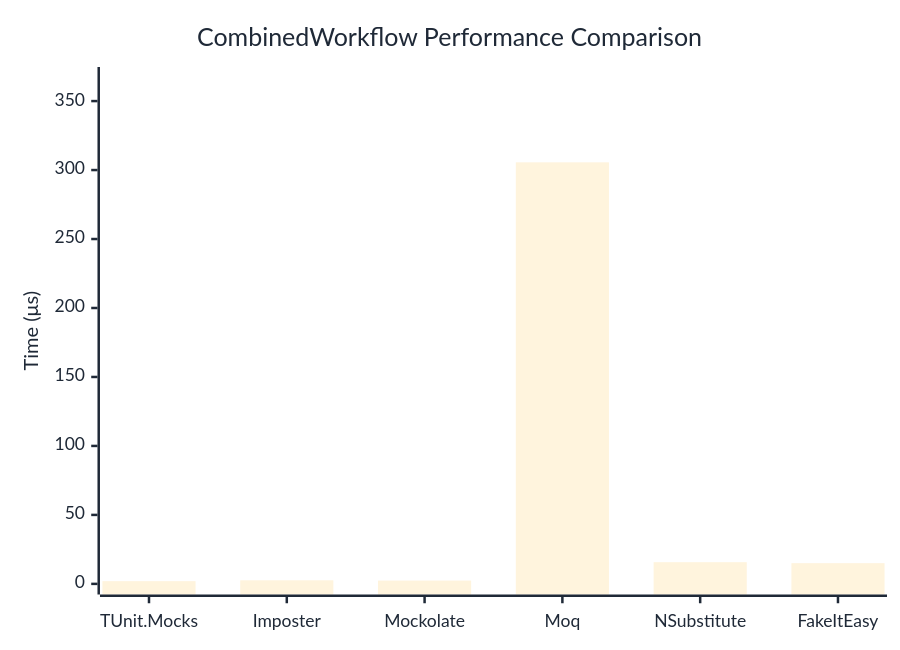
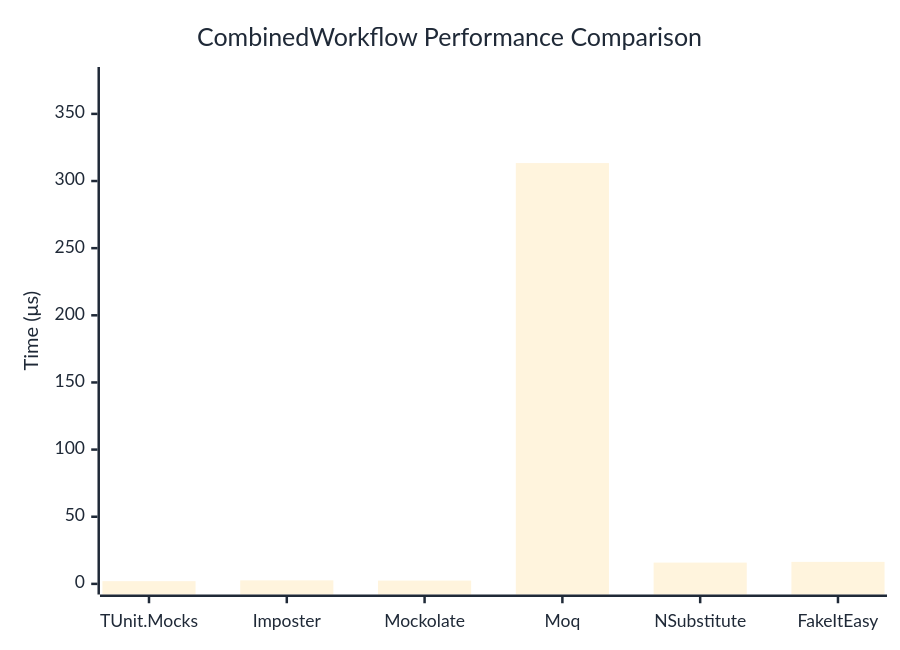
One commit to thomhurst/TUnit changed the diagram in docs/docs/benchmarks/mocks/CombinedWorkflow.md. Above: the diagram before and after it, drawn with Mermaid. The commit also changed other lines of this file and 14 other files, not shown here.

````diff
--- a/docs/docs/benchmarks/mocks/CombinedWorkflow.md
+++ b/docs/docs/benchmarks/mocks/CombinedWorkflow.md
@@ -28,27 +28,27 @@
 ```mermaid
 %%{init: {
   'theme':'base',
   'themeVariables': {
     'primaryColor': '#2563eb',
     'primaryTextColor': '#1f2937',
     'primaryBorderColor': '#1e40af',
     'lineColor': '#6b7280',
     'secondaryColor': '#7c3aed',
     'tertiaryColor': '#dc2626',
     'background': '#ffffff',
     'pie1': '#2563eb',
     'pie2': '#7c3aed',
     'pie3': '#dc2626',
     'pie4': '#f59e0b',
     'pie5': '#10b981',
     'pie6': '#06b6d4',
     'pie7': '#ec4899',
     'pie8': '#6366f1'
   }
 }}%%
 xychart-beta
   title "CombinedWorkflow Performance Comparison"
   x-axis ["TUnit.Mocks", "Imposter", "Mockolate", "Moq", "NSubstitute", "FakeItEasy"]
-  y-axis "Time (μs)" 0 --> 367
-  bar [1.968, 2.582, 2.388, 305.602, 15.728, 15.013]
+  y-axis "Time (μs)" 0 --> 377
+  bar [2.025, 2.608, 2.442, 313.37, 15.844, 16.379]
 ```
````
